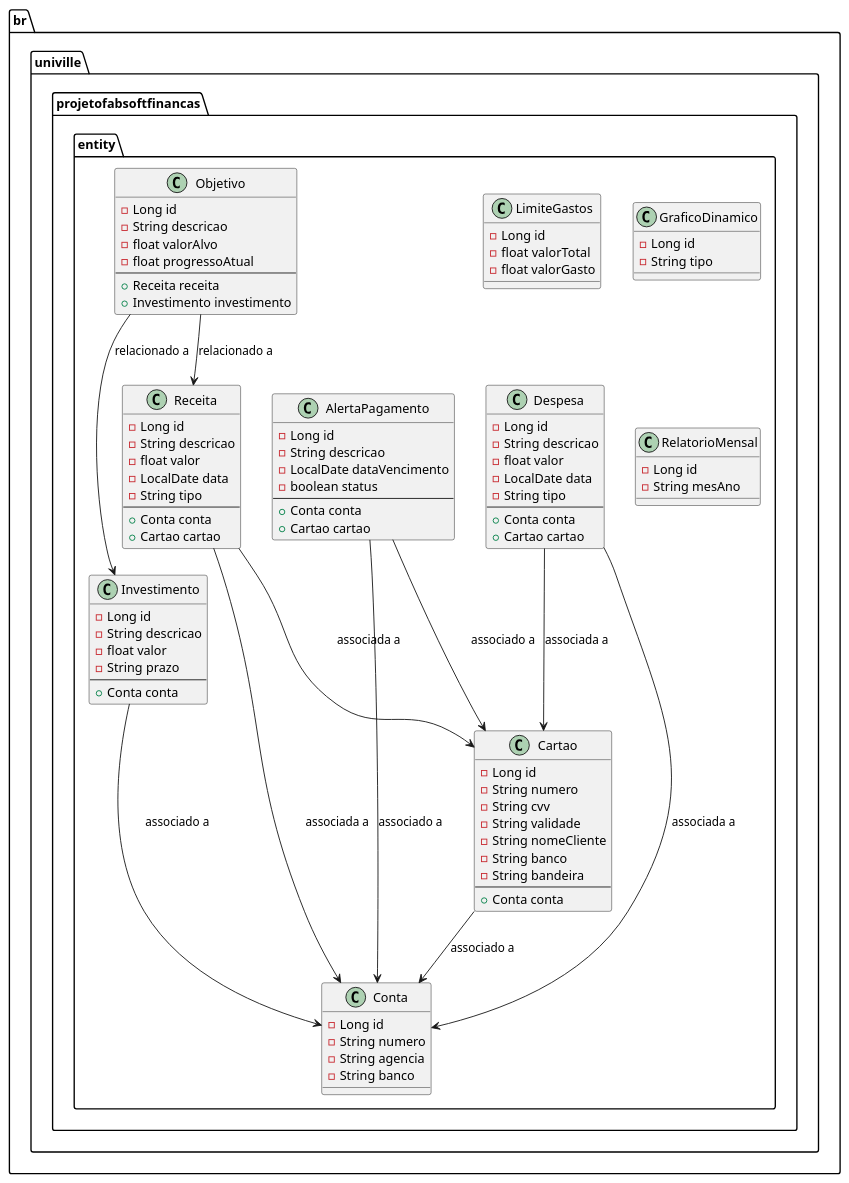
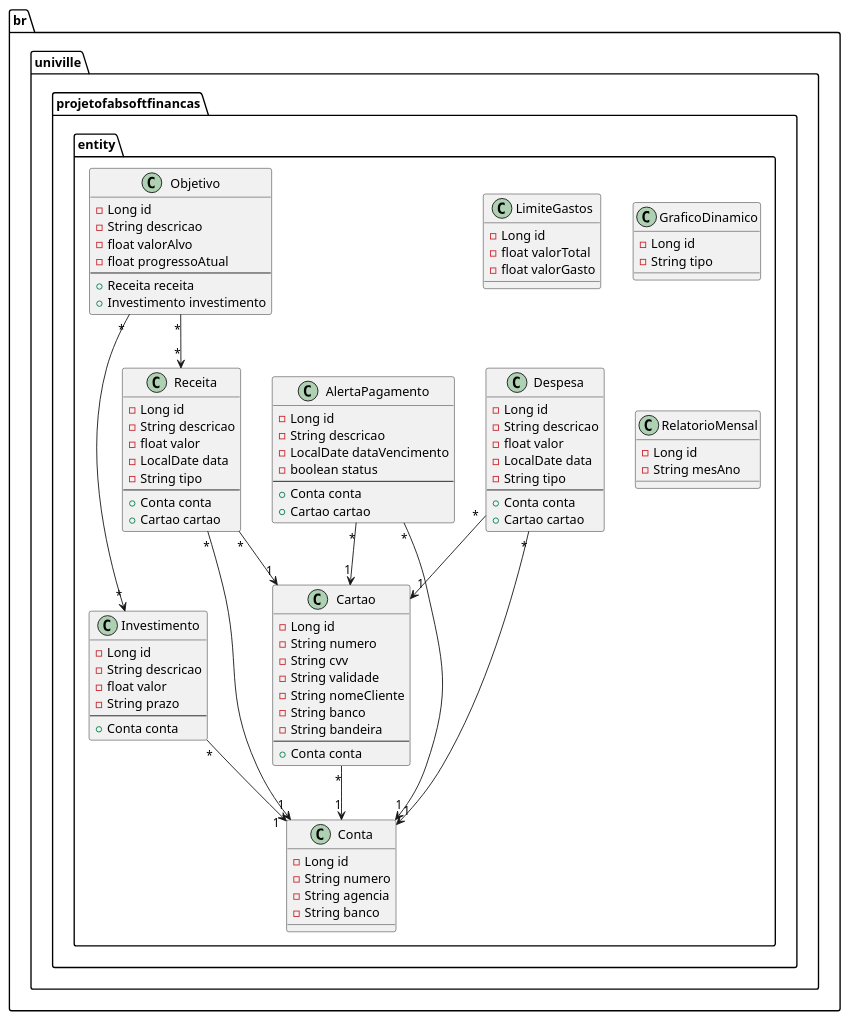
Before and after one commit to Th3FIa5h/fabsofta-Mateus-Nikolas: the diagram in diagramas/classes.puml, drawn with PlantUML. The commit also changed 5 other files, not shown here.

```diff
--- a/diagramas/classes.puml
+++ b/diagramas/classes.puml
@@ -1,100 +1,99 @@
 @startuml
 package br.univille.projetofabsoftfinancas.entity {
     class Receita {
         - Long id
         - String descricao
         - float valor
         - LocalDate data
         - String tipo
         --
         + Conta conta
         + Cartao cartao
     }
 
     class Despesa {
         - Long id
         - String descricao
         - float valor
         - LocalDate data
         - String tipo
         --
         + Conta conta
         + Cartao cartao
     }
 
     class Conta {
         - Long id
         - String numero
         - String agencia
         - String banco
     }
 
     class Cartao {
         - Long id
         - String numero
         - String cvv
         - String validade
         - String nomeCliente
         - String banco
         - String bandeira
         --
         + Conta conta
     }
 
     class Investimento {
         - Long id
         - String descricao
         - float valor
         - String prazo
         --
         + Conta conta
     }
 
     class AlertaPagamento {
         - Long id
         - String descricao
         - LocalDate dataVencimento
         - boolean status
         --
         + Conta conta
         + Cartao cartao
     }
 
     class Objetivo {
         - Long id
         - String descricao
         - float valorAlvo
         - float progressoAtual
         --
         + Receita receita
         + Investimento investimento
     }
 
     class LimiteGastos {
         - Long id
         - float valorTotal
         - float valorGasto
     }
 
     class GraficoDinamico {
         - Long id
         - String tipo
     }
 
     class RelatorioMensal {
         - Long id
         - String mesAno
     }
 
-    Receita --> Conta : "associada a"
-    Receita --> Cartao : "associada a"
-    Despesa --> Conta : "associada a"
-    Despesa --> Cartao : "associada a"
-    Cartao --> Conta : "associado a"
-    Investimento --> Conta : "associado a"
-    AlertaPagamento --> Conta : "associado a"
-    AlertaPagamento --> Cartao : "associado a"
-    Objetivo --> Receita : "relacionado a"
-    Objetivo --> Investimento : "relacionado a"
-}
+    Receita "*" --> "1" Conta 
+    Receita "*" --> "1" Cartao 
+    Despesa "*" --> "1" Conta 
+    Despesa "*" --> "1" Cartao 
+    Cartao "*" --> "1" Conta 
+    Investimento "*" --> "1" Conta 
+    AlertaPagamento "*" --> "1" Conta 
+    AlertaPagamento "*" --> "1" Cartao 
+    Objetivo "*" --> "*" Receita 
+    Objetivo "*" --> "*" Investimento 
 @enduml
```
